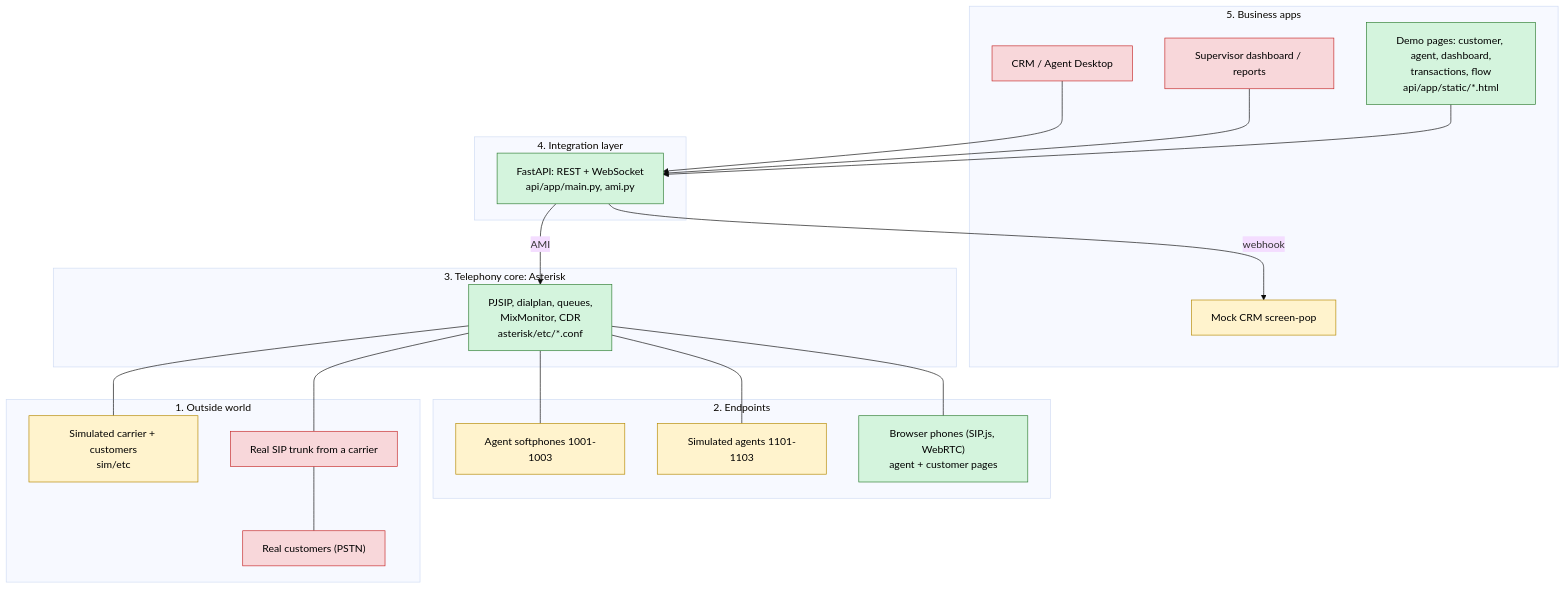
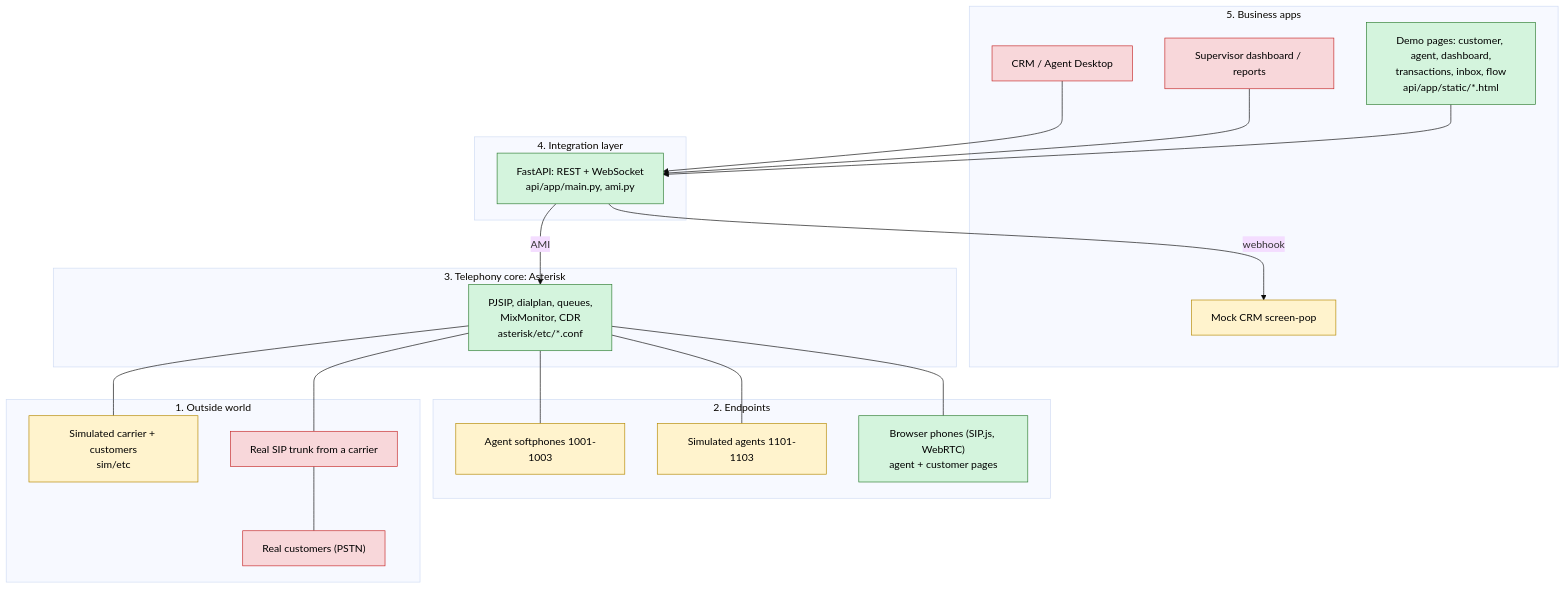
One commit to McDonan/asterisk-poc changed the first of 11 diagrams in docs/ARCHITECTURE.md. Above: the diagram before and after it, drawn with Mermaid (base theme). The commit also changed other lines of this file and 2 other files, not shown here.

Commit message:
feat: Update architecture documentation to include fallback options and agent rating details

````diff
--- a/docs/ARCHITECTURE.md
+++ b/docs/ARCHITECTURE.md
@@ -9,39 +9,39 @@
 ```mermaid
 flowchart TB
     subgraph L5["5. Business apps"]
         CRM["CRM / Agent Desktop"]:::todo
         DASH["Supervisor dashboard / reports"]:::todo
-        DEMO["Demo pages: customer, agent, dashboard,<br/>transactions, flow<br/>api/app/static/*.html"]:::done
+        DEMO["Demo pages: customer, agent, dashboard,<br/>transactions, inbox, flow<br/>api/app/static/*.html"]:::done
         MOCK["Mock CRM screen-pop"]:::sim
     end
     subgraph L4["4. Integration layer"]
         API["FastAPI: REST + WebSocket<br/>api/app/main.py, ami.py"]:::done
     end
     subgraph L3["3. Telephony core: Asterisk"]
         PBX["PJSIP, dialplan, queues,<br/>MixMonitor, CDR<br/>asterisk/etc/*.conf"]:::done
     end
     subgraph L2["2. Endpoints"]
         SOFT["Agent softphones 1001-1003"]:::sim
         SIMAG["Simulated agents 1101-1103"]:::sim
         WEBRTC["Browser phones (SIP.js, WebRTC)<br/>agent + customer pages"]:::done
     end
     subgraph L1["1. Outside world"]
         SIMCAR["Simulated carrier + customers<br/>sim/etc"]:::sim
         TRUNK["Real SIP trunk from a carrier"]:::todo
         CUST["Real customers (PSTN)"]:::todo
     end
     CRM --> API
     DASH --> API
     DEMO --> API
     API -- AMI --> PBX
     API -- webhook --> MOCK
     PBX --- SOFT
     PBX --- SIMAG
     PBX --- WEBRTC
     PBX --- SIMCAR
     PBX --- TRUNK
     TRUNK --- CUST
     classDef done fill:#d4f4dd,stroke:#2e7d32,color:#000
     classDef sim fill:#fff3cd,stroke:#b58900,color:#000
     classDef todo fill:#f8d7da,stroke:#c62828,color:#000
 ```
````
